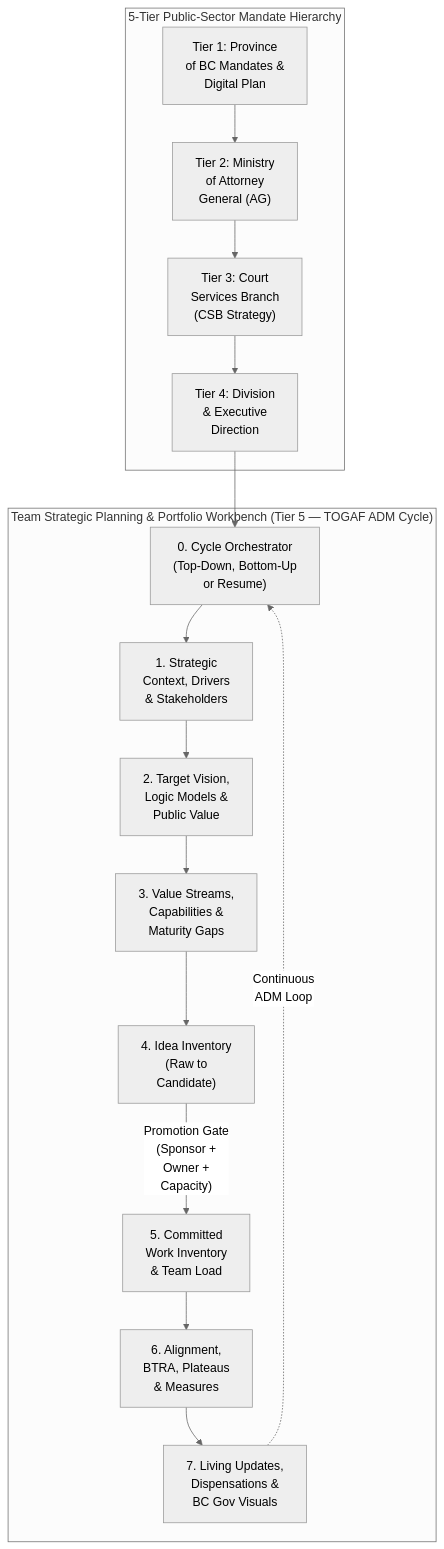
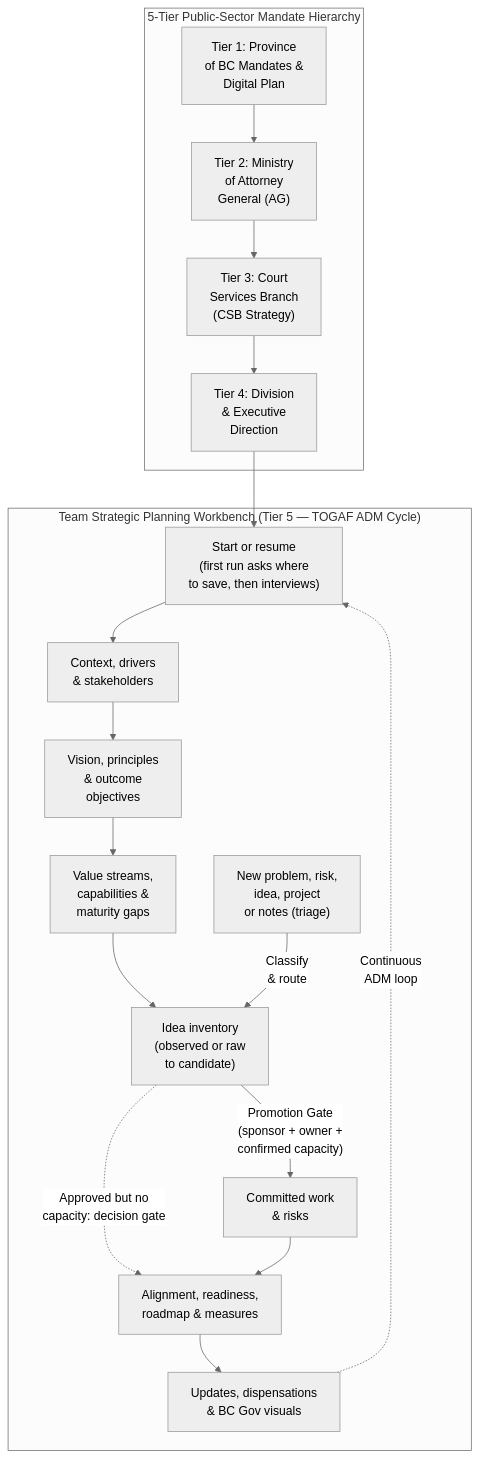
One commit to bcgov/strategic-planning-workbench changed the diagram in README.md. Above: the diagram before and after it, drawn with Mermaid (neutral theme). The commit also changed other lines of this file and 189 other files, not shown here.

````diff
--- a/README.md
+++ b/README.md
@@ -15,28 +15,31 @@
 ```mermaid
 flowchart TD
     subgraph H["5-Tier Public-Sector Mandate Hierarchy"]
         T1["Tier 1: Province<br>of BC Mandates &<br>Digital Plan"]
         T2["Tier 2: Ministry<br>of Attorney<br>General (AG)"]
         T3["Tier 3: Court<br>Services Branch<br>(CSB Strategy)"]
         T4["Tier 4: Division<br>& Executive<br>Direction"]
         T1 --> T2 --> T3 --> T4
     end
 
-    subgraph W["Team Strategic Planning & Portfolio Workbench (Tier 5 — TOGAF ADM Cycle)"]
-        O["0. Cycle Orchestrator<br>(Top-Down, Bottom-Up<br>or Resume)"]
-        A["1. Strategic<br>Context, Drivers<br>& Stakeholders"]
-        B["2. Target Vision,<br>Logic Models &<br>Public Value"]
-        C["3. Value Streams,<br>Capabilities &<br>Maturity Gaps"]
-        D["4. Idea Inventory<br>(Raw to<br>Candidate)"]
-        E["5. Committed<br>Work Inventory<br>& Team Load"]
-        F["6. Alignment,<br>BTRA, Plateaus<br>& Measures"]
-        G["7. Living Updates,<br>Dispensations &<br>BC Gov Visuals"]
+    subgraph W["Team Strategic Planning Workbench (Tier 5 — TOGAF ADM Cycle)"]
+        O["Start or resume<br>(first run asks where<br>to save, then interviews)"]
+        A["Context, drivers<br>& stakeholders"]
+        B["Vision, principles<br>& outcome<br>objectives"]
+        C["Value streams,<br>capabilities &<br>maturity gaps"]
+        X["New problem, risk,<br>idea, project<br>or notes (triage)"]
+        D["Idea inventory<br>(observed or raw<br>to candidate)"]
+        E["Committed work<br>& risks"]
+        F["Alignment, readiness,<br>roadmap & measures"]
+        G["Updates, dispensations<br>& BC Gov visuals"]
 
         O --> A --> B --> C --> D
-        D -->|"Promotion Gate<br>(Sponsor +<br>Owner +<br>Capacity)"| E
+        X -->|"Classify<br>& route"| D
+        D -->|"Promotion Gate<br>(sponsor + owner +<br>confirmed capacity)"| E
+        D -.->|"Approved but no<br>capacity: decision gate"| F
         E --> F --> G
-        G -.->|"Continuous<br>ADM Loop"| O
+        G -.->|"Continuous<br>ADM loop"| O
     end
 
     T4 --> O
 ```
````
